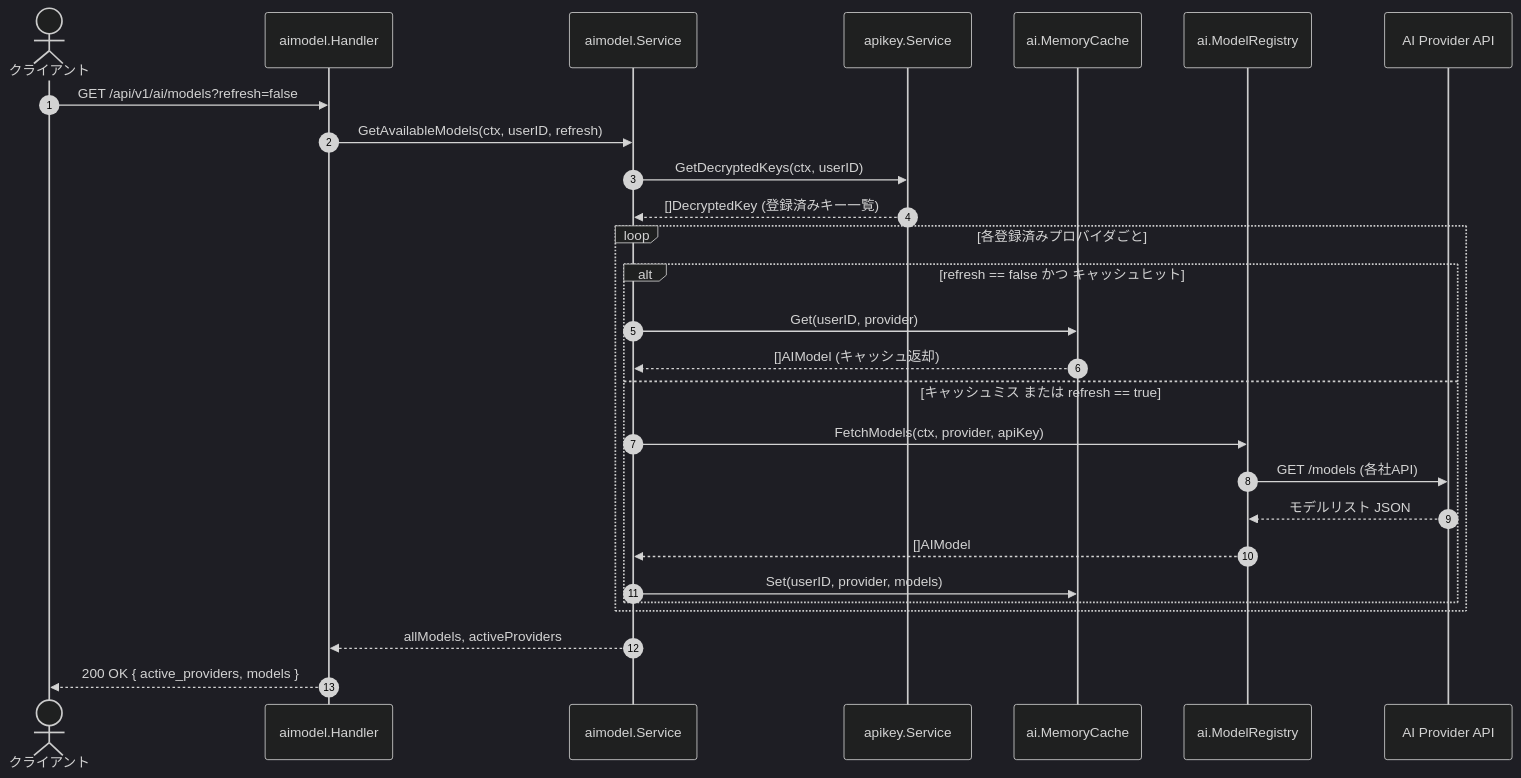
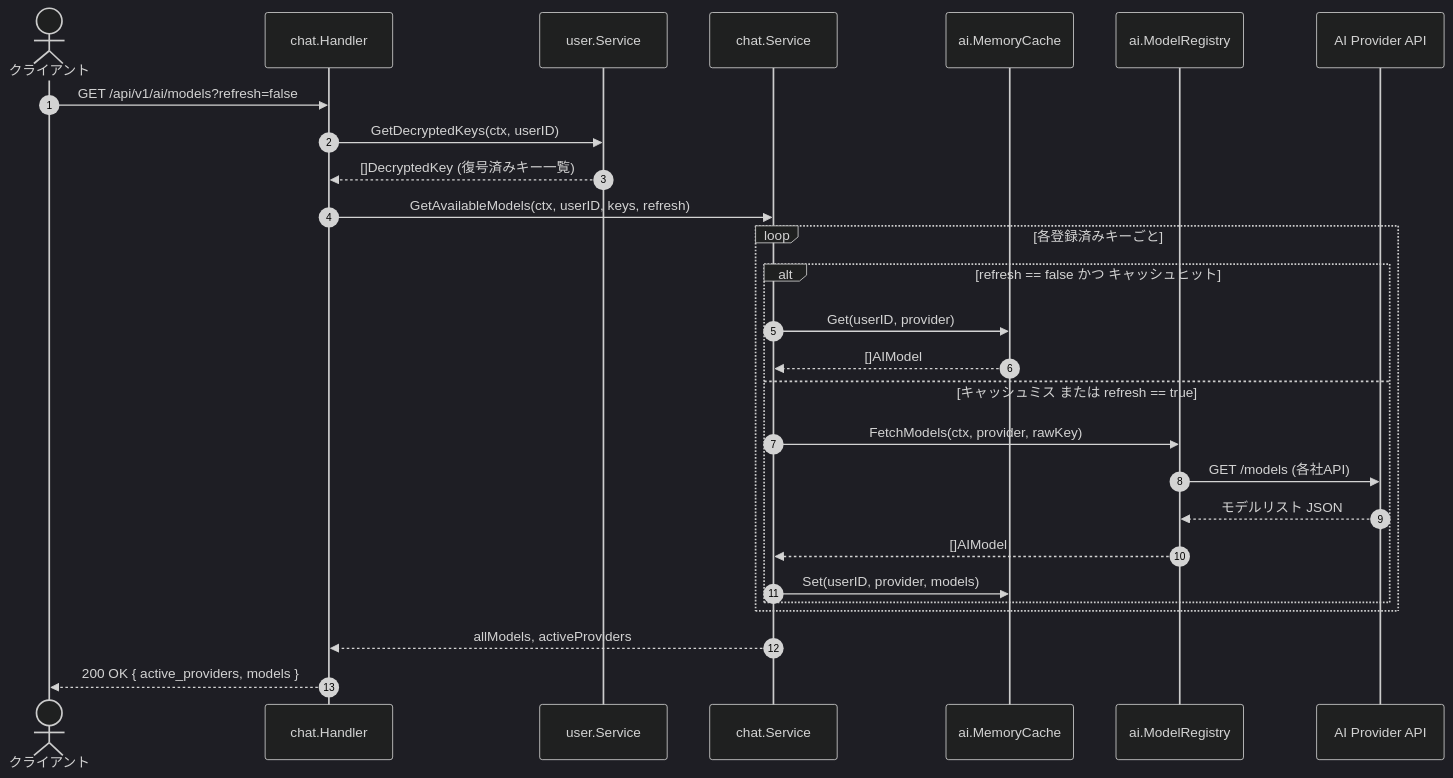
The fourth of 7 diagrams in ARCHITECTURE.md (NAoMi-1242/study-gin-clerk), drawn with Mermaid (dark theme) before and after one commit. The commit also changed other lines of this file and 32 other files, not shown here.

````diff
--- a/ARCHITECTURE.md
+++ b/ARCHITECTURE.md
@@ -463,32 +424,33 @@
 ```mermaid
 sequenceDiagram
     autonumber
     actor Client as クライアント
-    participant Handler as aimodel.Handler
-    participant Service as aimodel.Service
-    participant KeyService as apikey.Service
+    participant Handler as chat.Handler
+    participant UserService as user.Service
+    participant ChatService as chat.Service
     participant Cache as ai.MemoryCache
     participant Registry as ai.ModelRegistry
     participant Provider as AI Provider API
 
     Client->>Handler: GET /api/v1/ai/models?refresh=false
-    Handler->>Service: GetAvailableModels(ctx, userID, refresh)
-    Service->>KeyService: GetDecryptedKeys(ctx, userID)
-    KeyService-->>Service: []DecryptedKey (登録済みキー一覧)
+    Handler->>UserService: GetDecryptedKeys(ctx, userID)
+    UserService-->>Handler: []DecryptedKey (復号済みキー一覧)
 
-    loop 各登録済みプロバイダごと
+    Handler->>ChatService: GetAvailableModels(ctx, userID, keys, refresh)
+
+    loop 各登録済みキーごと
         alt refresh == false かつ キャッシュヒット
-            Service->>Cache: Get(userID, provider)
-            Cache-->>Service: []AIModel (キャッシュ返却)
+            ChatService->>Cache: Get(userID, provider)
+            Cache-->>ChatService: []AIModel
         else キャッシュミス または refresh == true
-            Service->>Registry: FetchModels(ctx, provider, apiKey)
+            ChatService->>Registry: FetchModels(ctx, provider, rawKey)
             Registry->>Provider: GET /models (各社API)
             Provider-->>Registry: モデルリスト JSON
-            Registry-->>Service: []AIModel
-            Service->>Cache: Set(userID, provider, models)
+            Registry-->>ChatService: []AIModel
+            ChatService->>Cache: Set(userID, provider, models)
         end
     end
 
-    Service-->>Handler: allModels, activeProviders
+    ChatService-->>Handler: allModels, activeProviders
     Handler-->>Client: 200 OK { active_providers, models }
 ```
````
